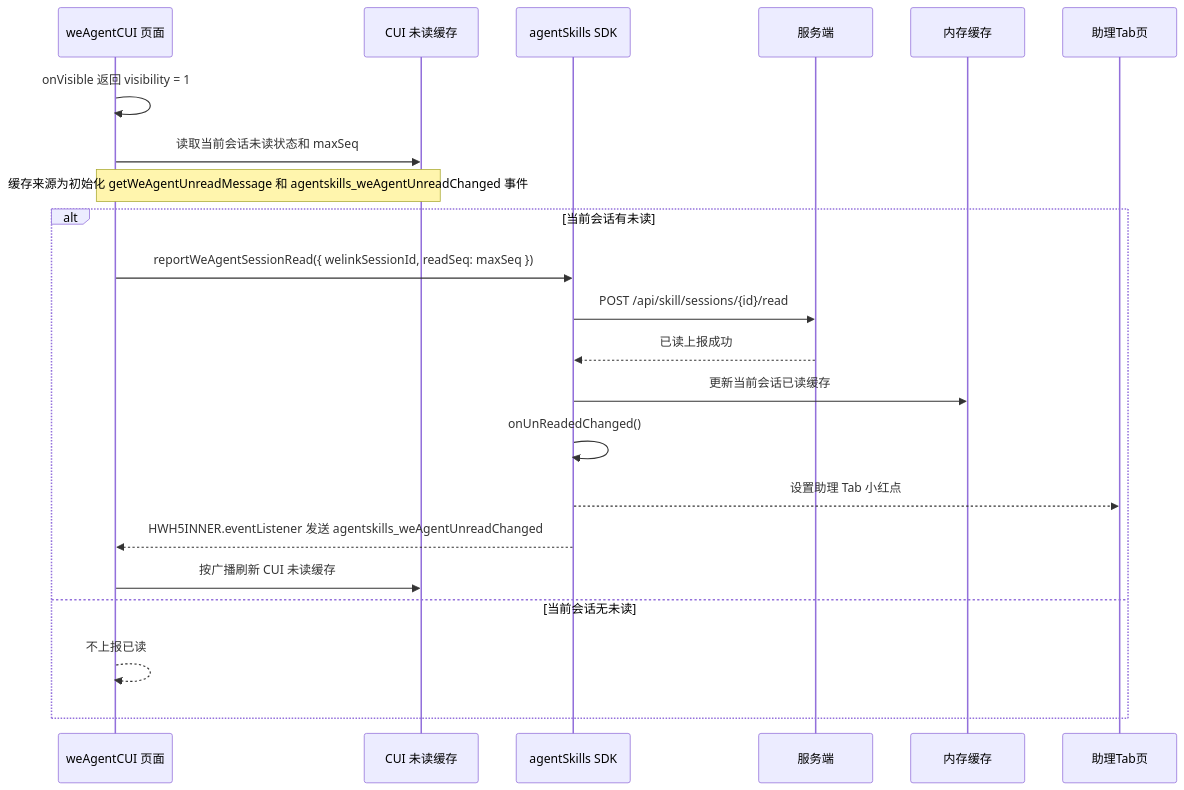
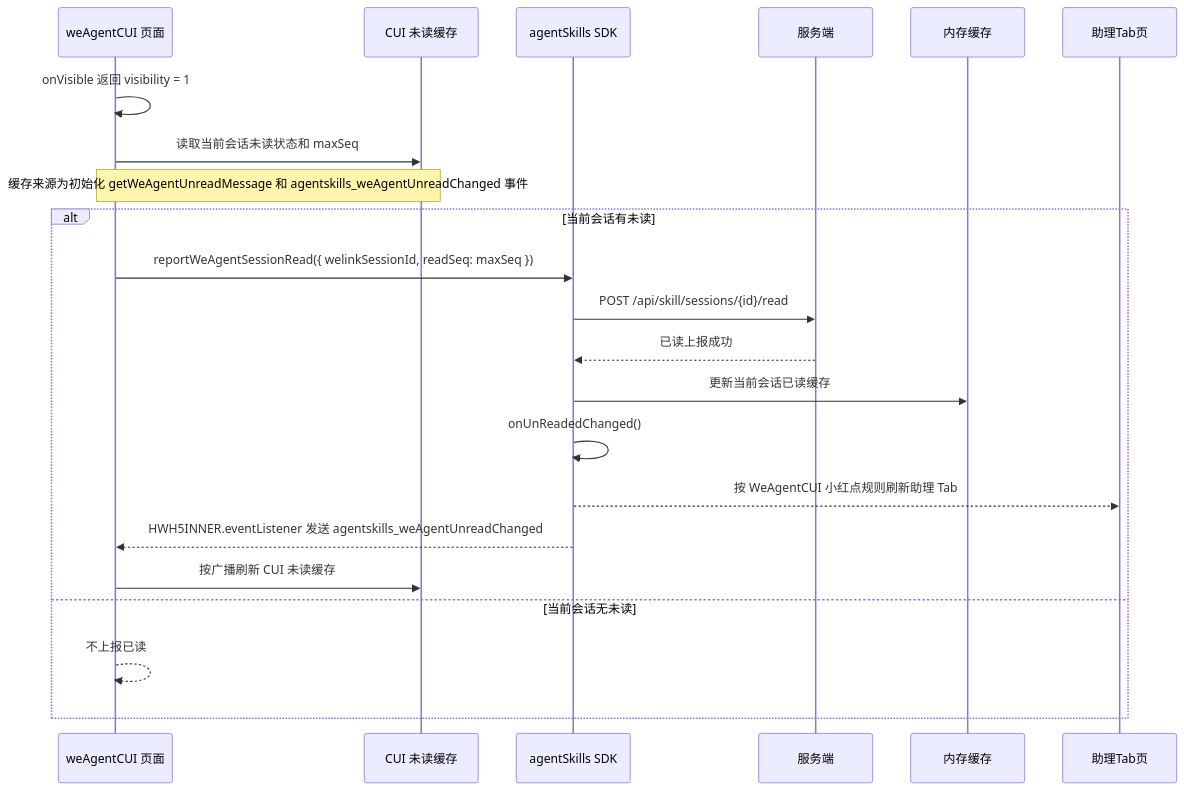
The sixth of 7 diagrams in 2026-06-11-we-agent-tab-unread-red-dot-plan.md (Abelsjcheng/skillSDK), drawn with Mermaid before and after one commit. The commit also changed other lines of this file, not shown here.

````diff
--- a/2026-06-11-we-agent-tab-unread-red-dot-plan.md
+++ b/2026-06-11-we-agent-tab-unread-red-dot-plan.md
@@ -207,25 +239,25 @@
 ```mermaid
 sequenceDiagram
     participant CUI as weAgentCUI 页面
     participant CUICache as CUI 未读缓存
     participant SDK as agentSkills SDK
     participant Server as 服务端
     participant Memory as 内存缓存
     participant Tab as 助理Tab页
 
     CUI->>CUI: onVisible 返回 visibility = 1
     CUI->>CUICache: 读取当前会话未读状态和 maxSeq
     Note over CUI,CUICache: 缓存来源为初始化 getWeAgentUnreadMessage 和 agentskills_weAgentUnreadChanged 事件
     alt 当前会话有未读
         CUI->>SDK: reportWeAgentSessionRead({ welinkSessionId, readSeq: maxSeq })
         SDK->>Server: POST /api/skill/sessions/{id}/read
         Server-->>SDK: 已读上报成功
         SDK->>Memory: 更新当前会话已读缓存
         SDK->>SDK: onUnReadedChanged()
-        SDK-->>Tab: 设置助理 Tab 小红点
+        SDK-->>Tab: 按 WeAgentCUI 小红点规则刷新助理 Tab
         SDK-->>CUI: HWH5INNER.eventListener 发送 agentskills_weAgentUnreadChanged
         CUI->>CUICache: 按广播刷新 CUI 未读缓存
     else 当前会话无未读
         CUI-->>CUI: 不上报已读
     end
 ```
````
